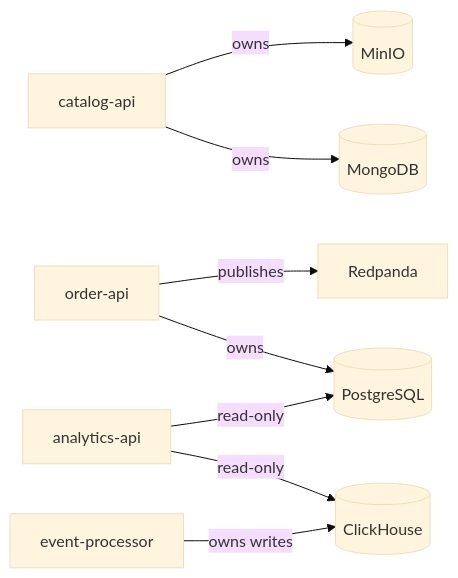
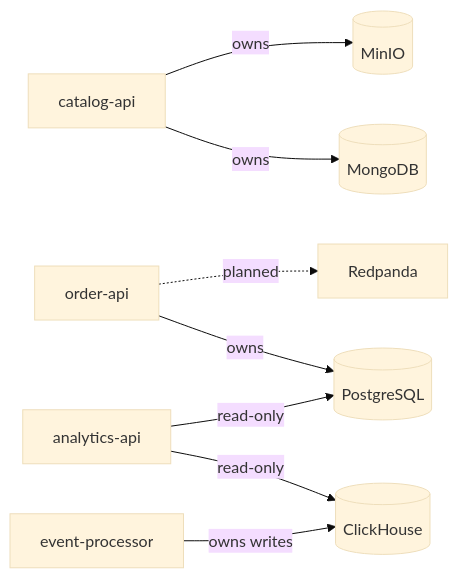
Before and after one commit to ianckc/streamshop-distributed-system: the diagram in docs/docs/architecture/microservices.mdx, drawn with Mermaid (base theme). The commit also changed other lines of this file and 35 other files, not shown here.

````diff
--- a/docs/docs/architecture/microservices.mdx
+++ b/docs/docs/architecture/microservices.mdx
@@ -63,10 +70,10 @@
 ```mermaid
 flowchart LR
   Catalog[catalog-api] -->|owns| Mongo[(MongoDB)]
   Catalog -->|owns| MinIO[(MinIO)]
   Order[order-api] -->|owns| Postgres[(PostgreSQL)]
-  Order -->|publishes| Redpanda[Redpanda]
+  Order -.->|planned| Redpanda[Redpanda]
   Processor[event-processor] -->|owns writes| ClickHouse[(ClickHouse)]
   Analytics[analytics-api] -->|read-only| ClickHouse
   Analytics -->|read-only| Postgres
 ```
````
